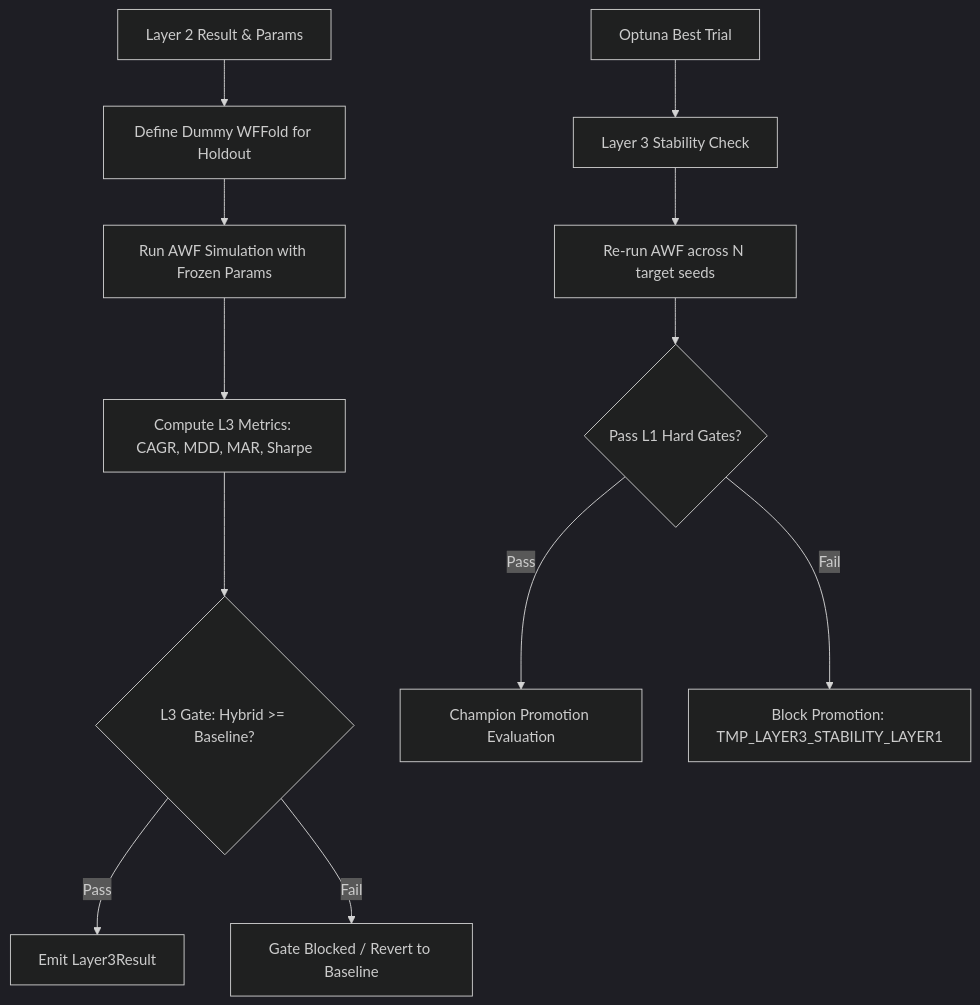
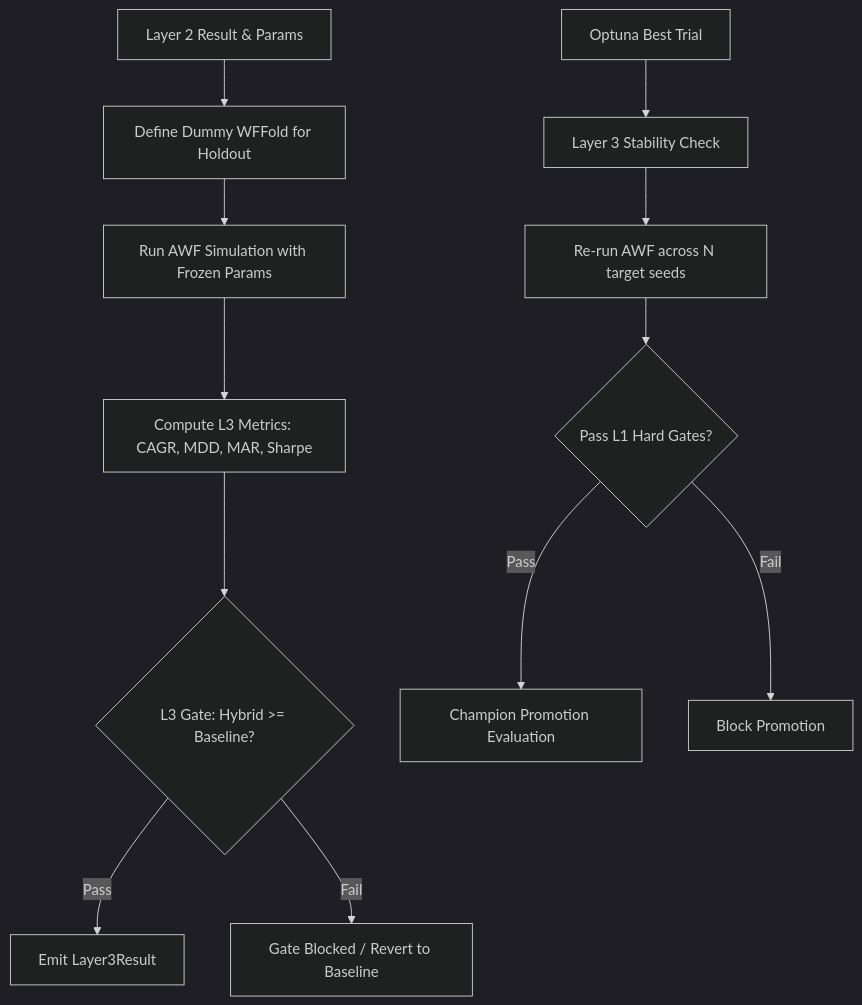
The diagram in docs/architecture/layer3.md (KTHYEONG/crypto-pilot), drawn with Mermaid (dark theme) before and after one commit. The commit also changed other lines of this file and 6 other files, not shown here.

````diff
--- a/docs/architecture/layer3.md
+++ b/docs/architecture/layer3.md
@@ -81,15 +56,15 @@
 ```mermaid
 graph TD
     A[Layer 2 Result & Params] --> B[Define Dummy WFFold for Holdout]
     B --> C[Run AWF Simulation with Frozen Params]
     C --> D[Compute L3 Metrics: CAGR, MDD, MAR, Sharpe]
     D --> E{L3 Gate: Hybrid >= Baseline?}
     E -->|Pass| F[Emit Layer3Result]
     E -->|Fail| G[Gate Blocked / Revert to Baseline]
     
     H[Optuna Best Trial] --> I[Layer 3 Stability Check]
     I --> J[Re-run AWF across N target seeds]
     J --> K{Pass L1 Hard Gates?}
     K -->|Pass| L[Champion Promotion Evaluation]
-    K -->|Fail| M[Block Promotion: TMP_LAYER3_STABILITY_LAYER1]
+    K -->|Fail| M[Block Promotion]
 ```
````
